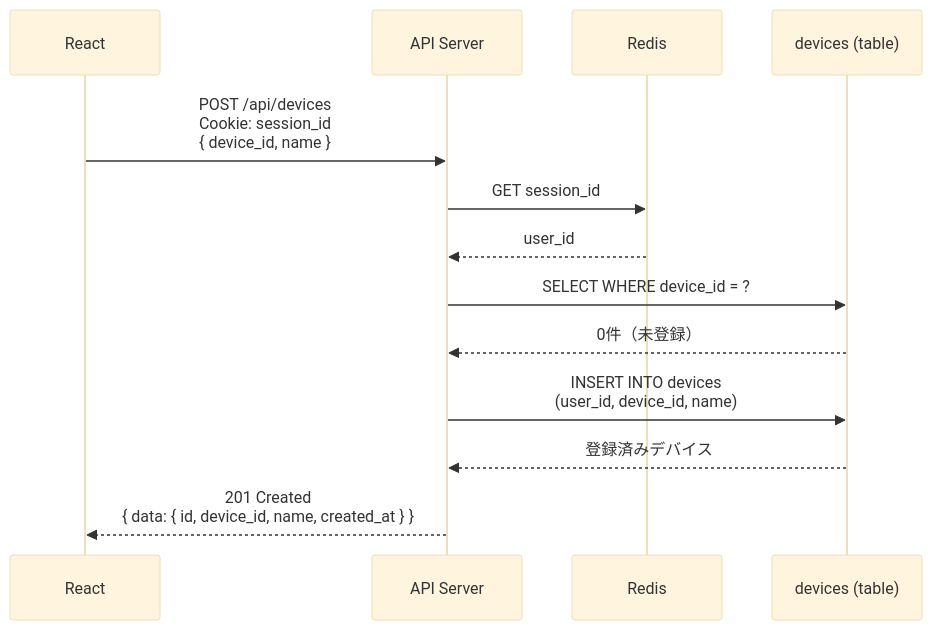
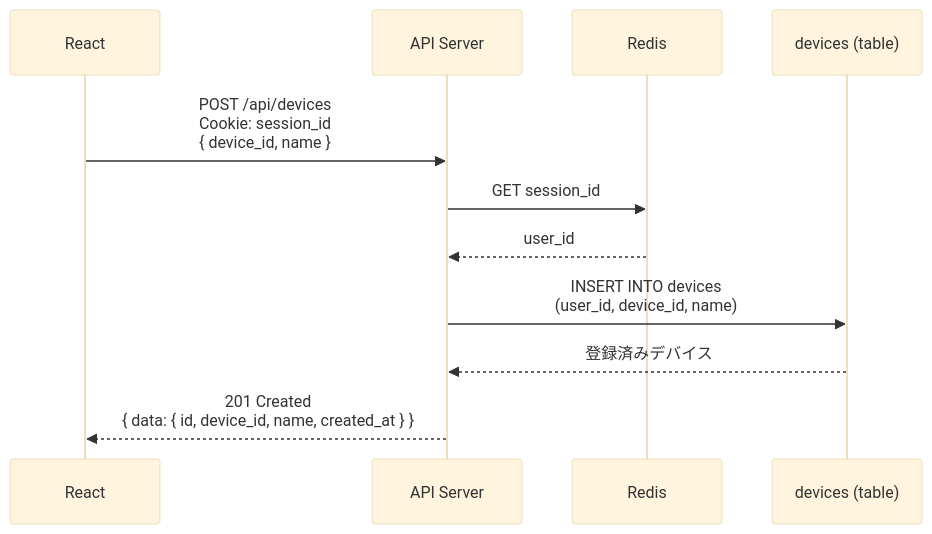
The second of 9 diagrams in docs/basic_design/sequence/デバイス管理.md (riaton/home-smart-factory), drawn with Mermaid (base theme) before and after one commit. The commit also changed other lines of this file and 6 other files, not shown here.

````diff
--- a/docs/basic_design/sequence/デバイス管理.md
+++ b/docs/basic_design/sequence/デバイス管理.md
@@ -36,19 +36,16 @@
 ```mermaid
 sequenceDiagram
     participant React as React
     participant API as API Server
     participant Redis as Redis
     participant Devices as devices (table)
 
     React->>API: POST /api/devices<br/>Cookie: session_id<br/>{ device_id, name }
     API->>Redis: GET session_id
     Redis-->>API: user_id
 
-    API->>Devices: SELECT WHERE device_id = ?
-    Devices-->>API: 0件（未登録）
-
     API->>Devices: INSERT INTO devices<br/>(user_id, device_id, name)
     Devices-->>API: 登録済みデバイス
 
     API-->>React: 201 Created<br/>{ data: { id, device_id, name, created_at } }
 ```
````
